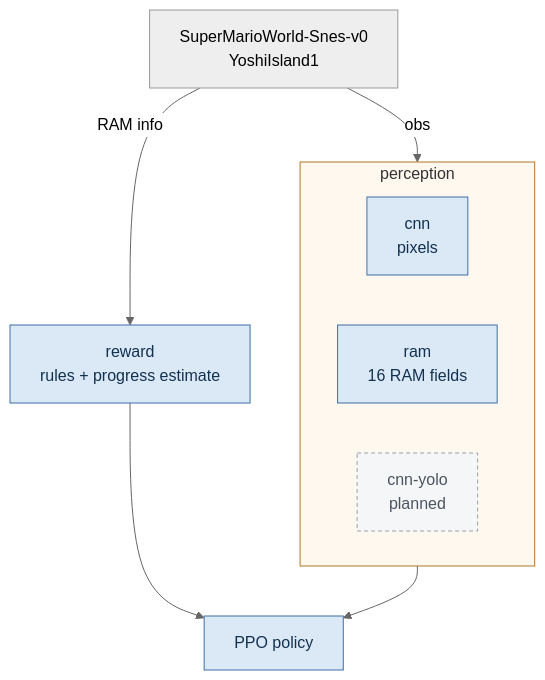
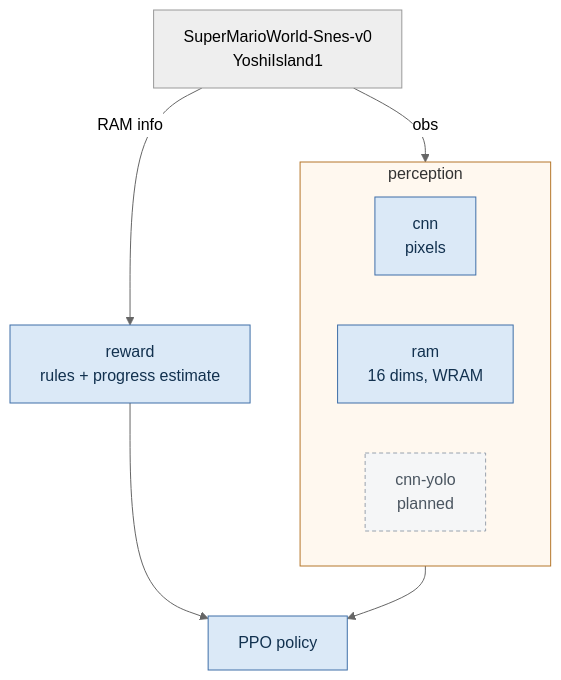
The first of 2 diagrams in README.md (jasonkwh/DeepMario-SMW), drawn with Mermaid (neutral theme) before and after one commit. The commit also changed other lines of this file and 3 other files, not shown here.

````diff
--- a/README.md
+++ b/README.md
@@ -87,21 +88,21 @@
 ```mermaid
 flowchart TD
   ENV["SuperMarioWorld-Snes-v0<br/>YoshiIsland1"]
   subgraph P["perception"]
     direction LR
     CNN["cnn<br/>pixels"]
-    RAM["ram<br/>16 RAM fields"]
+    RAM["ram<br/>16 dims, WRAM"]
     YOLO["cnn-yolo<br/>planned"]
   end
   REW["reward<br/>rules + progress estimate"]
   PPO["PPO policy"]
   ENV -->|obs| P
   P --> PPO
   ENV -->|RAM info| REW
   REW --> PPO
   classDef live fill:#dbe9f7,stroke:#3f6fa8,color:#12314f
   classDef todo fill:#f5f6f7,stroke:#98a2ad,stroke-dasharray: 4 3,color:#4a5560
   class CNN,RAM,REW,PPO live
   class YOLO todo
   style P fill:#fff8ef,stroke:#b5762a
 ```
````
